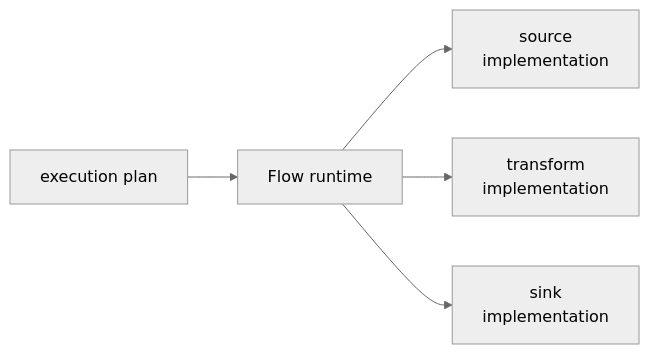
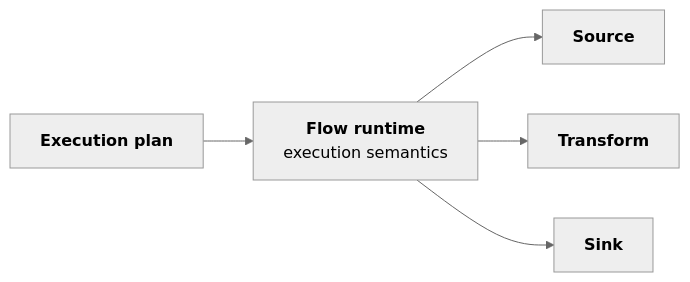
The fourth of 5 diagrams in docs/execution/index.md (FAST-HEP/fasthep-flow), drawn with Mermaid (neutral theme) before and after one commit. The commit also changed other lines of this file and 7 other files, not shown here.

````diff
--- a/docs/execution/index.md
+++ b/docs/execution/index.md
@@ -299,14 +326,13 @@
 ```{mermaid}
 flowchart LR
-    Plan["execution plan"]
-    Runtime["Flow runtime"]
-
-    Source["source<br/>implementation"]
-    Transform["transform<br/>implementation"]
-    Sink["sink<br/>implementation"]
+    Plan["<b>Execution plan</b>"]:::plan
+    Runtime["<b>Flow runtime</b><br/>execution semantics"]:::runtime
+    Source["<b>Source</b>"]:::source
+    Transform["<b>Transform</b>"]:::transform
+    Sink["<b>Sink</b>"]:::sink
 
     Plan --> Runtime
     Runtime --> Source
     Runtime --> Transform
     Runtime --> Sink
 ```
````
